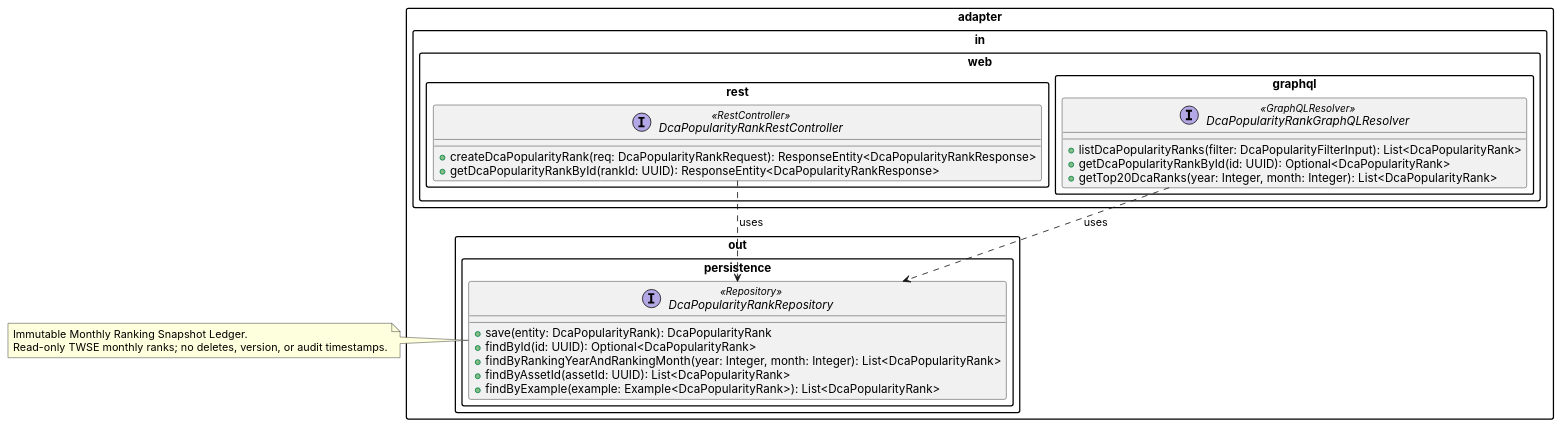
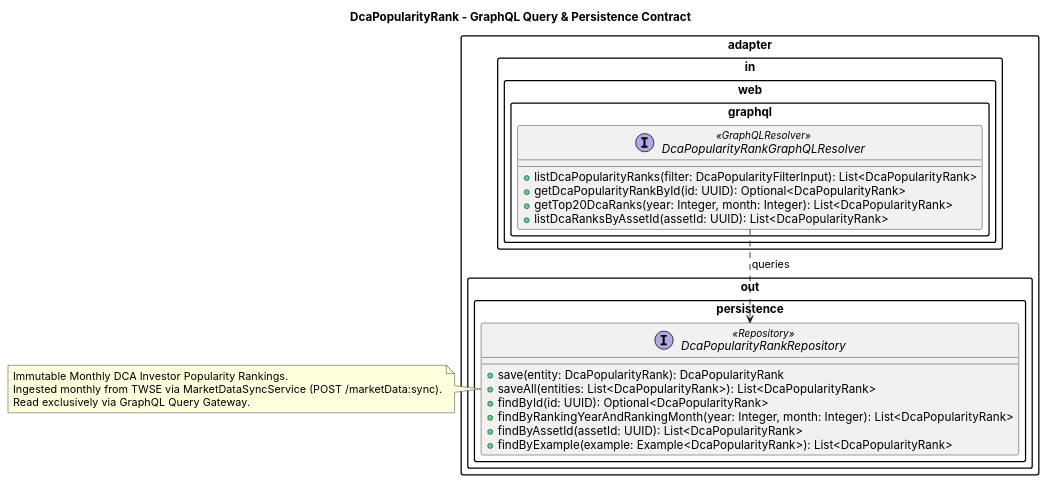
The diagram in docs/02-design-specs/uml/dca_popularity_rank_contract.puml (linuschien/etf-alpha-harvester), drawn with PlantUML before and after one commit. The commit also changed 10 other files, not shown here.

First line of the commit message:
Refactor UML Contracts to Transition from REST to GraphQL

```diff
--- a/docs/02-design-specs/uml/dca_popularity_rank_contract.puml
+++ b/docs/02-design-specs/uml/dca_popularity_rank_contract.puml
@@ -1,44 +1,39 @@
 @startuml dca_popularity_rank_contract
 
 !pragma layout smetana
 skinparam packageStyle rectangle
 skinparam defaultFontName Inter
 
-package "adapter.in.web.rest" {
-  interface "DcaPopularityRankRestController" <<RestController>> {
-    ' --- Ingest ---
-    + createDcaPopularityRank(req: DcaPopularityRankRequest): ResponseEntity<DcaPopularityRankResponse>
-    ' --- Single-resource Query ---
-    + getDcaPopularityRankById(rankId: UUID): ResponseEntity<DcaPopularityRankResponse>
-  }
-}
+title DcaPopularityRank - GraphQL Query & Persistence Contract
 
 package "adapter.in.web.graphql" {
   interface "DcaPopularityRankGraphQLResolver" <<GraphQLResolver>> {
-    ' --- Collection / Filtered Queries ---
+    ' --- UI Read Gateway ---
     + listDcaPopularityRanks(filter: DcaPopularityFilterInput): List<DcaPopularityRank>
     + getDcaPopularityRankById(id: UUID): Optional<DcaPopularityRank>
     + getTop20DcaRanks(year: Integer, month: Integer): List<DcaPopularityRank>
+    + listDcaRanksByAssetId(assetId: UUID): List<DcaPopularityRank>
   }
 }
 
 package "adapter.out.persistence" {
   interface "DcaPopularityRankRepository" <<Repository>> {
     + save(entity: DcaPopularityRank): DcaPopularityRank
+    + saveAll(entities: List<DcaPopularityRank>): List<DcaPopularityRank>
     + findById(id: UUID): Optional<DcaPopularityRank>
     + findByRankingYearAndRankingMonth(year: Integer, month: Integer): List<DcaPopularityRank>
     + findByAssetId(assetId: UUID): List<DcaPopularityRank>
     + findByExample(example: Example<DcaPopularityRank>): List<DcaPopularityRank>
   }
 }
 
 note right of DcaPopularityRankRepository
-  Immutable Monthly Ranking Snapshot Ledger.
-  Read-only TWSE monthly ranks; no deletes, version, or audit timestamps.
+  Immutable Monthly DCA Investor Popularity Rankings.
+  Ingested monthly from TWSE via MarketDataSyncService (POST /marketData:sync).
+  Read exclusively via GraphQL Query Gateway.
 end note
 
 ' === Dependency Arrows ===
-"DcaPopularityRankRestController"  ..> "DcaPopularityRankRepository" : uses
-"DcaPopularityRankGraphQLResolver" ..> "DcaPopularityRankRepository" : uses
+"DcaPopularityRankGraphQLResolver" ..> "DcaPopularityRankRepository" : queries
 
 @enduml
```
